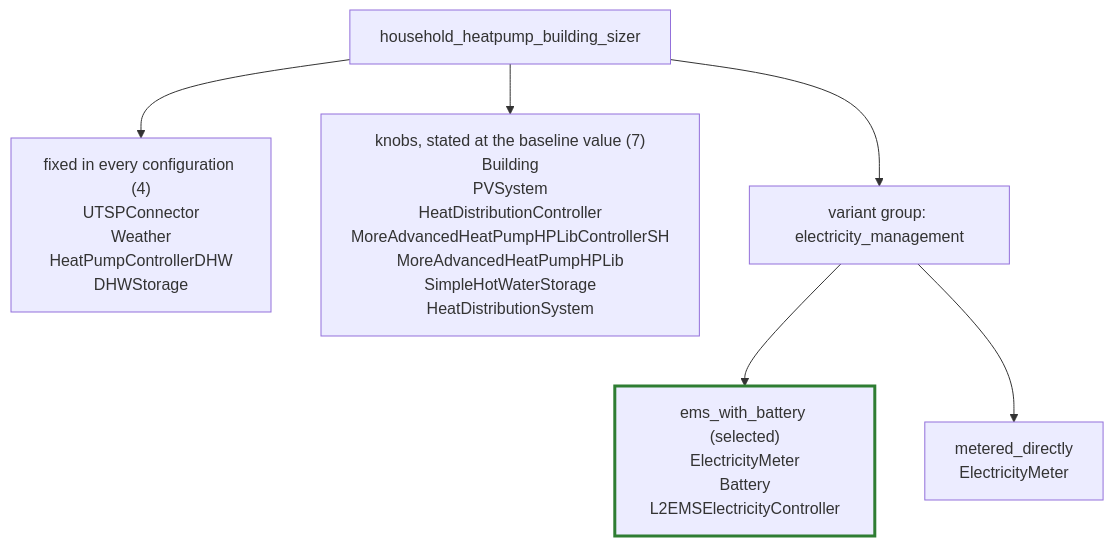
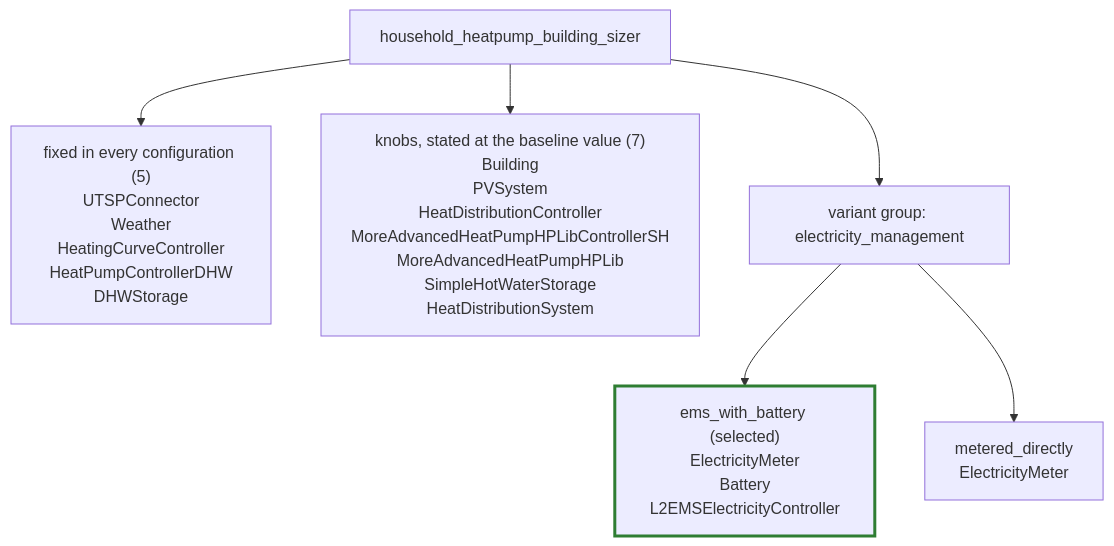
The sixth of 22 diagrams in roadmap/declarative_energy_systems/grouping_overview.md (FZJ-IEK3-VSA/HiSim), drawn with Mermaid before and after one commit. The commit also changed other lines of this file and 114 other files, not shown here.

````diff
--- a/roadmap/declarative_energy_systems/grouping_overview.md
+++ b/roadmap/declarative_energy_systems/grouping_overview.md
@@ -304,18 +304,18 @@
 ```mermaid
 flowchart TD
     setup["household_heatpump_building_sizer"]
-    fixed["fixed in every configuration (4)<br/>UTSPConnector<br/>Weather<br/>HeatPumpControllerDHW<br/>DHWStorage"]
+    fixed["fixed in every configuration (5)<br/>UTSPConnector<br/>Weather<br/>HeatingCurveController<br/>HeatPumpControllerDHW<br/>DHWStorage"]
     knobs["knobs, stated at the baseline value (7)<br/>Building<br/>PVSystem<br/>HeatDistributionController<br/>MoreAdvancedHeatPumpHPLibControllerSH<br/>MoreAdvancedHeatPumpHPLib<br/>SimpleHotWaterStorage<br/>HeatDistributionSystem"]
     group1["variant group: electricity_management"]
     optA["ems_with_battery (selected)<br/>ElectricityMeter<br/>Battery<br/>L2EMSElectricityController"]
     optB["metered_directly<br/>ElectricityMeter"]
 
     setup --> fixed
     setup --> knobs
     setup --> group1
     group1 --> optA
     group1 --> optB
 
     classDef selected stroke:#2e7d32,stroke-width:3px;
     class optA selected;
 ```
````
